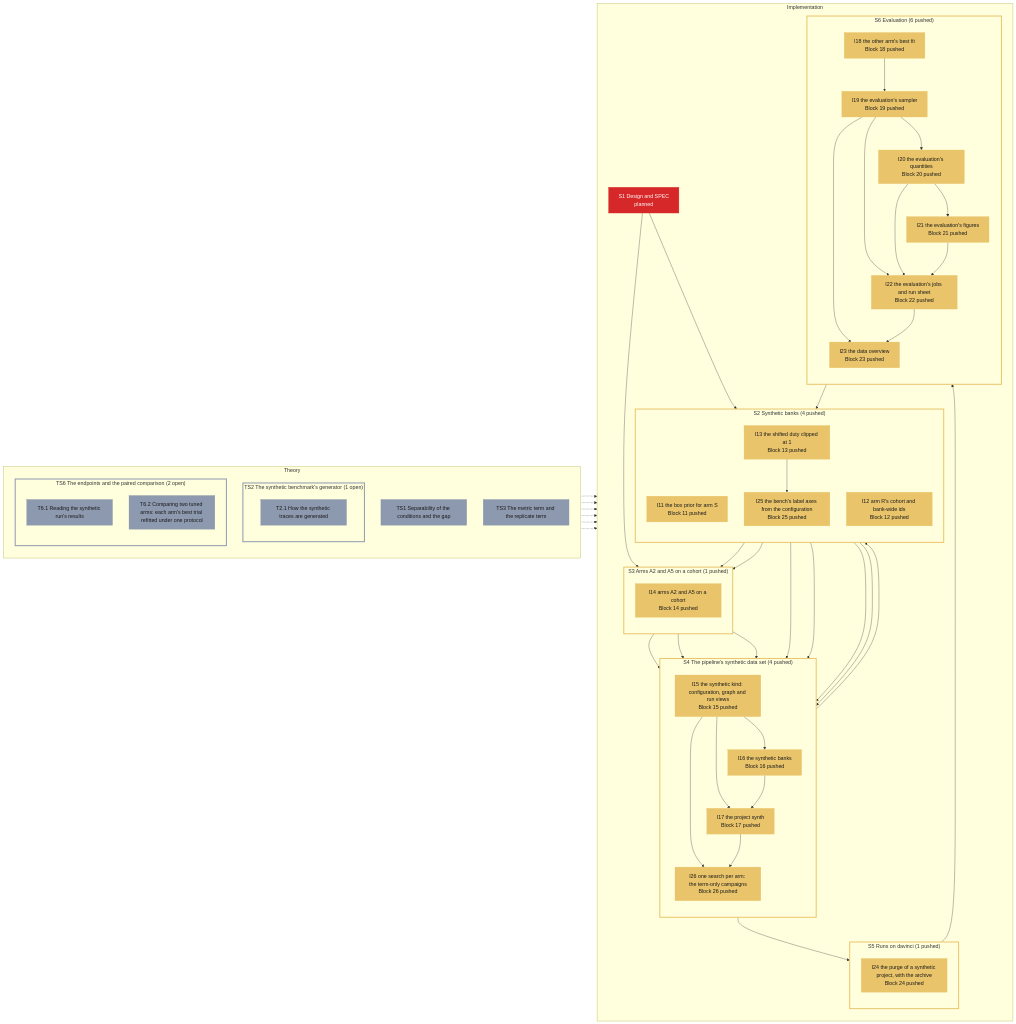
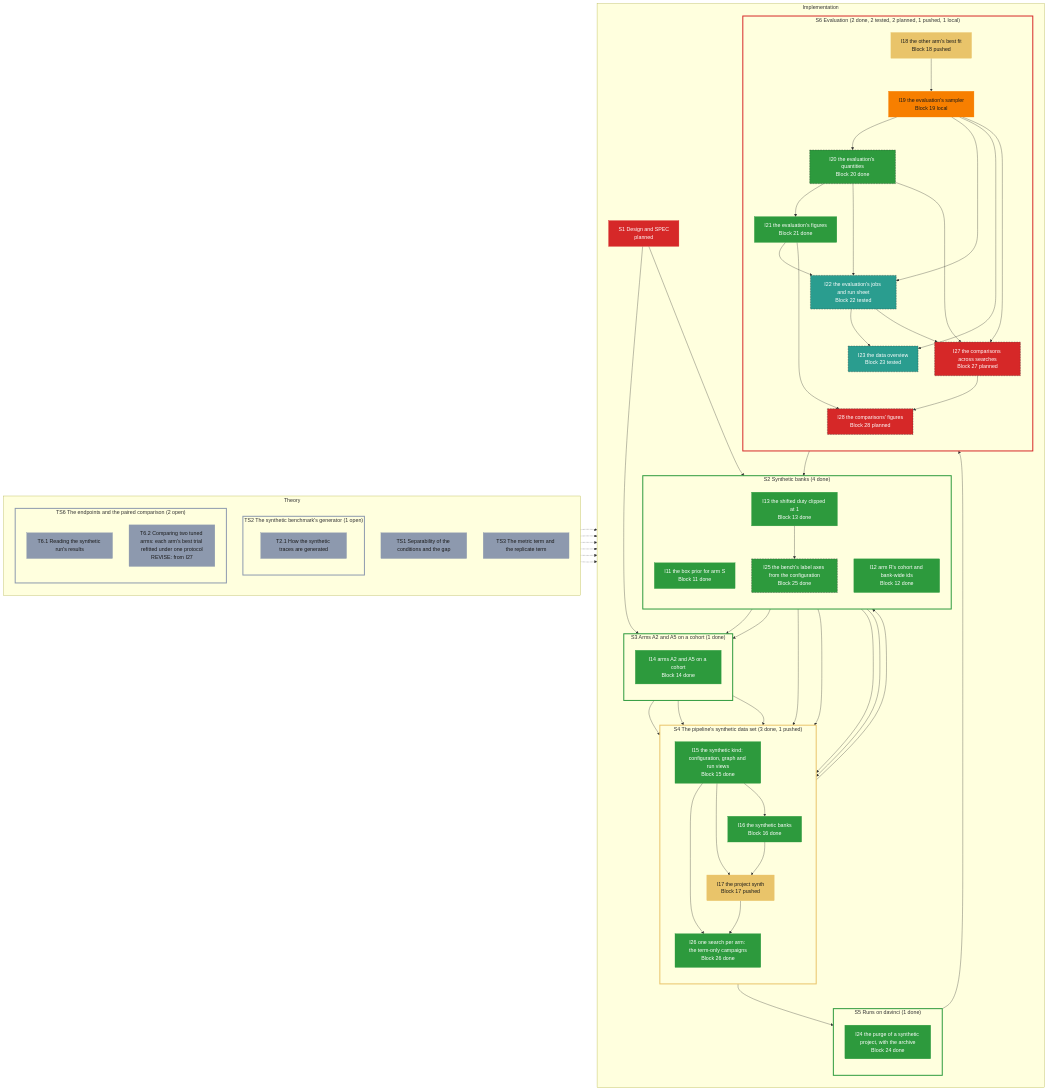
One commit to Leonardodm00/Simulation-Based-Inference changed the diagram in specs/roadmap/synth.md. Above: the diagram before and after it, drawn with Mermaid. The commit also changed other lines of this file and 1 other file, not shown here.

Commit message:
roadmap: synth I27 (block 27, the comparisons across searches) and I28 (block 28, their figures) added under S6; T6.2 flagged for revision from I27 (D-136)
Claude-Session: https://claude.ai/code/session_015FuK9zUnAx2bAGmAbFphw4

````diff
--- a/specs/roadmap/synth.md
+++ b/specs/roadmap/synth.md
@@ -27,42 +27,44 @@
         subgraph grp_TS6["TS6 The endpoints and the paired comparison (2 open)"]
             direction TB
             T6.1["T6.1 Reading the synthetic run's results"]:::open
-            T6.2["T6.2 Comparing two tuned arms: each arm's best trial refitted under one protocol"]:::open
+            T6.2["T6.2 Comparing two tuned arms: each arm's best trial refitted under one protocol<br/>REVISE: from I27"]:::open
         end
     end
     subgraph impl["Implementation"]
         direction TB
         S1["S1 Design and SPEC<br/>planned"]:::planned
-        subgraph grp_S2["S2 Synthetic banks (4 pushed)"]
+        subgraph grp_S2["S2 Synthetic banks (4 done)"]
             direction TB
-            I11["I11 the box prior for arm S<br/>Block 11 pushed"]:::pushed
-            I12["I12 arm R's cohort and bank-wide ids<br/>Block 12 pushed"]:::pushed
-            I13["I13 the shifted duty clipped at 1<br/>Block 13 pushed"]:::pushed
-            I25["I25 the bench's label axes from the configuration<br/>Block 25 pushed"]:::pushed
+            I11["I11 the box prior for arm S<br/>Block 11 done"]:::done
+            I12["I12 arm R's cohort and bank-wide ids<br/>Block 12 done"]:::done
+            I13["I13 the shifted duty clipped at 1<br/>Block 13 done"]:::done
+            I25["I25 the bench's label axes from the configuration<br/>Block 25 done"]:::done
         end
-        subgraph grp_S3["S3 Arms A2 and A5 on a cohort (1 pushed)"]
+        subgraph grp_S3["S3 Arms A2 and A5 on a cohort (1 done)"]
             direction TB
-            I14["I14 arms A2 and A5 on a cohort<br/>Block 14 pushed"]:::pushed
+            I14["I14 arms A2 and A5 on a cohort<br/>Block 14 done"]:::done
         end
-        subgraph grp_S4["S4 The pipeline's synthetic data set (4 pushed)"]
+        subgraph grp_S4["S4 The pipeline's synthetic data set (3 done, 1 pushed)"]
             direction TB
-            I15["I15 the synthetic kind: configuration, graph and run views<br/>Block 15 pushed"]:::pushed
-            I16["I16 the synthetic banks<br/>Block 16 pushed"]:::pushed
+            I15["I15 the synthetic kind: configuration, graph and run views<br/>Block 15 done"]:::done
+            I16["I16 the synthetic banks<br/>Block 16 done"]:::done
             I17["I17 the project synth<br/>Block 17 pushed"]:::pushed
-            I26["I26 one search per arm: the term-only campaigns<br/>Block 26 pushed"]:::pushed
+            I26["I26 one search per arm: the term-only campaigns<br/>Block 26 done"]:::done
         end
-        subgraph grp_S5["S5 Runs on davinci (1 pushed)"]
+        subgraph grp_S5["S5 Runs on davinci (1 done)"]
             direction TB
-            I24["I24 the purge of a synthetic project, with the archive<br/>Block 24 pushed"]:::pushed
+            I24["I24 the purge of a synthetic project, with the archive<br/>Block 24 done"]:::done
         end
-        subgraph grp_S6["S6 Evaluation (6 pushed)"]
+        subgraph grp_S6["S6 Evaluation (2 done, 2 tested, 2 planned, 1 pushed, 1 local)"]
             direction TB
             I18["I18 the other arm's best fit<br/>Block 18 pushed"]:::pushed
-            I19["I19 the evaluation's sampler<br/>Block 19 pushed"]:::pushed
-            I20["I20 the evaluation's quantities<br/>Block 20 pushed"]:::pushed
-            I21["I21 the evaluation's figures<br/>Block 21 pushed"]:::pushed
-            I22["I22 the evaluation's jobs and run sheet<br/>Block 22 pushed"]:::pushed
-            I23["I23 the data overview<br/>Block 23 pushed"]:::pushed
+            I19["I19 the evaluation's sampler<br/>Block 19 local"]:::local
+            I20["I20 the evaluation's quantities<br/>Block 20 done"]:::done
+            I21["I21 the evaluation's figures<br/>Block 21 done"]:::done
+            I22["I22 the evaluation's jobs and run sheet<br/>Block 22 tested"]:::tested
+            I23["I23 the data overview<br/>Block 23 tested"]:::tested
+            I27["I27 the comparisons across searches<br/>Block 27 planned"]:::planned
+            I28["I28 the comparisons' figures<br/>Block 28 planned"]:::planned
         end
         S1 --> grp_S2
         S1 --> grp_S3
@@ -93,6 +95,11 @@
         I14 --> I26
         I15 --> I26
         I17 --> I26
+        I19 --> I27
+        I20 --> I27
+        I22 --> I27
+        I21 --> I28
+        I27 --> I28
     end
     TS1 -.-> S1
     grp_TS2 -.-> grp_S2
@@ -100,11 +107,12 @@
     grp_TS6 -.-> grp_S6
     T6.2 -.-> I18
     T2.1 -.-> I23
+    class I20,I22,I23,I25,I27,I28 blocked
     style grp_TS2 stroke:#8d99ae,stroke-width:3px
     style grp_TS6 stroke:#8d99ae,stroke-width:3px
-    style grp_S2 stroke:#e9c46a,stroke-width:3px
-    style grp_S3 stroke:#e9c46a,stroke-width:3px
+    style grp_S2 stroke:#2d9a3d,stroke-width:3px
+    style grp_S3 stroke:#2d9a3d,stroke-width:3px
     style grp_S4 stroke:#e9c46a,stroke-width:3px
-    style grp_S5 stroke:#e9c46a,stroke-width:3px
-    style grp_S6 stroke:#e9c46a,stroke-width:3px
+    style grp_S5 stroke:#2d9a3d,stroke-width:3px
+    style grp_S6 stroke:#d62828,stroke-width:3px
 ```
````
